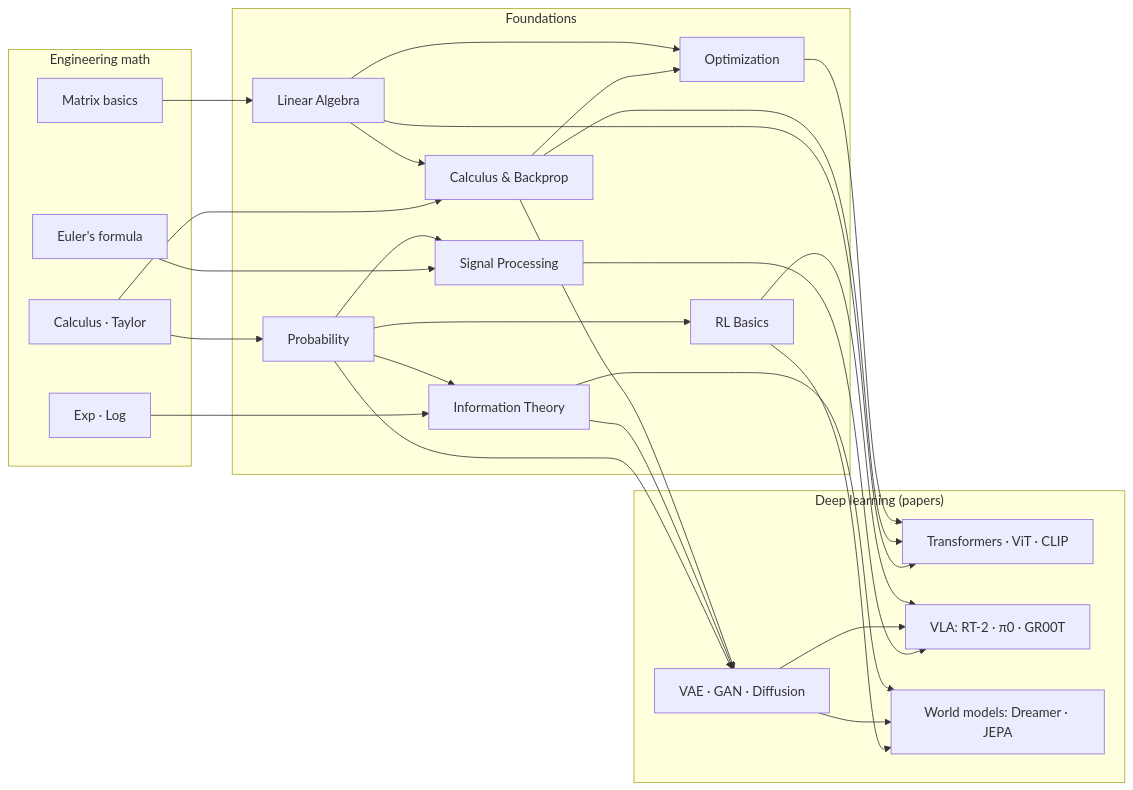
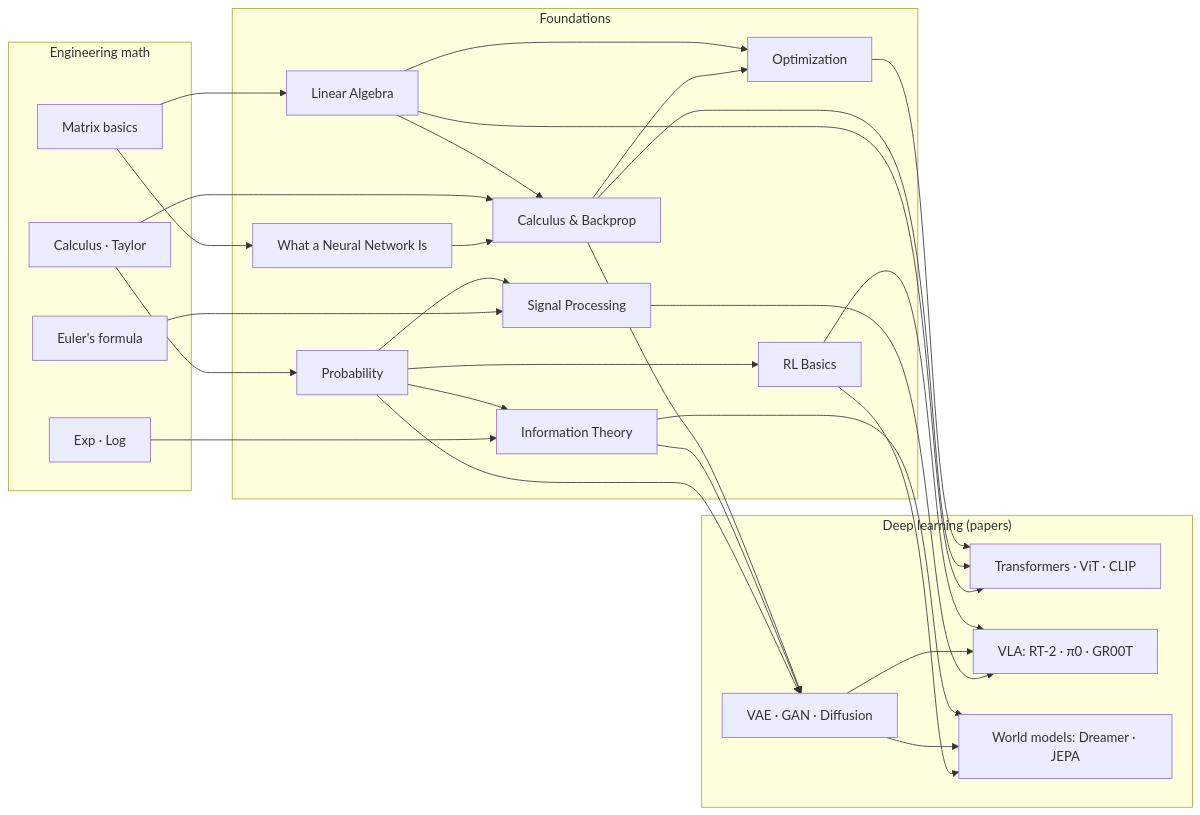
Before and after one commit to jiseop-byeon/phd-wiki: the first of 2 diagrams in content/02-foundations/overview.md, drawn with Mermaid. The commit also changed other lines of this file and 14 other files, not shown here.

````diff
--- a/content/02-foundations/overview.md
+++ b/content/02-foundations/overview.md
@@ -43,46 +50,49 @@
 ```mermaid
 graph LR
     subgraph M["Engineering math"]
     CALC["Calculus · Taylor"]
     MAT["Matrix basics"]
     EUL["Euler's formula"]
     LOG["Exp · Log"]
     end
     subgraph F["Foundations"]
     LA["Linear Algebra"]
+    NN["What a Neural Network Is"]
     CB["Calculus & Backprop"]
     PR["Probability"]
     OPT["Optimization"]
     IT["Information Theory"]
     SP["Signal Processing"]
     RL["RL Basics"]
     end
     subgraph D["Deep learning (papers)"]
     TF["Transformers · ViT · CLIP"]
     GEN["VAE · GAN · Diffusion"]
     VLA["VLA: RT-2 · π0 · GR00T"]
     WM["World models: Dreamer · JEPA"]
     end
     MAT --> LA
+    MAT --> NN
+    NN --> CB
     CALC --> CB
     CALC --> PR
     EUL --> SP
     LOG --> IT
     LA --> CB --> OPT
     LA --> OPT
     PR --> IT
     PR --> RL
     PR --> SP
     LA --> TF
     CB --> TF
     OPT --> TF
     PR --> GEN
     IT --> GEN
     CB --> GEN
     SP --> VLA
     GEN --> VLA
     RL --> VLA
     RL --> WM
     GEN --> WM
     IT --> WM
 ```
````
